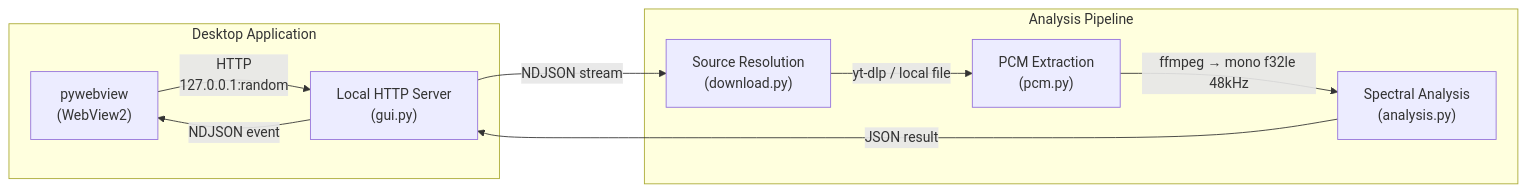
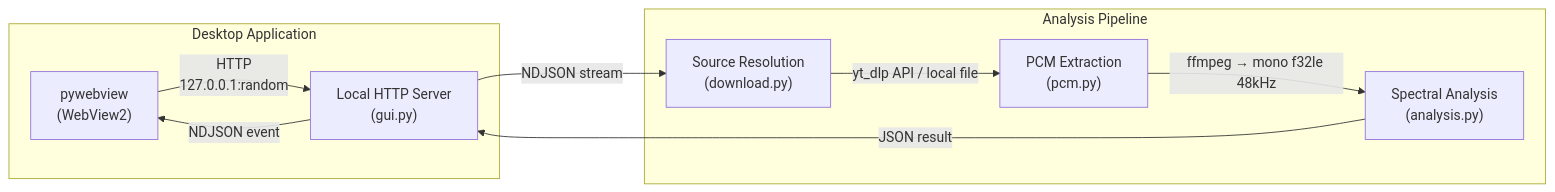
The first of 16 diagrams in docs/architecture.md (semnil/analyze-spectrum), drawn with Mermaid before and after one commit. The commit also changed other lines of this file and 7 other files, not shown here.

First line of the commit message:
fix: yt-dlp を Python API 経由で呼び出すよう変更

````diff
--- a/docs/architecture.md
+++ b/docs/architecture.md
@@ -11,20 +11,20 @@
 ```mermaid
 graph LR
     subgraph Desktop Application
         A["pywebview<br/>(WebView2)"]
         B["Local HTTP Server<br/>(gui.py)"]
     end
 
     subgraph Analysis Pipeline
         C["Source Resolution<br/>(download.py)"]
         D["PCM Extraction<br/>(pcm.py)"]
         E["Spectral Analysis<br/>(analysis.py)"]
     end
 
     A -->|"HTTP<br/>127.0.0.1:random"| B
     B -->|"NDJSON stream"| C
-    C -->|"yt-dlp / local file"| D
+    C -->|"yt_dlp API / local file"| D
     D -->|"ffmpeg → mono f32le 48kHz"| E
     E -->|"JSON result"| B
     B -->|"NDJSON event"| A
 ```
````
